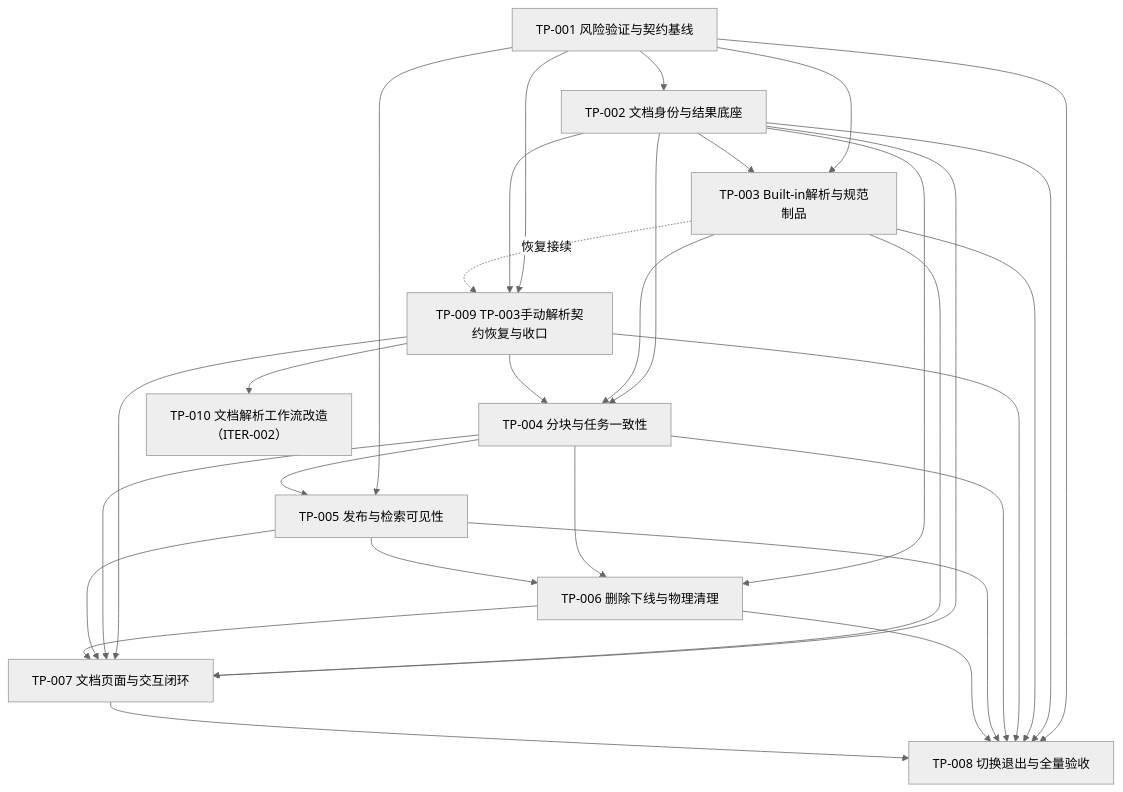
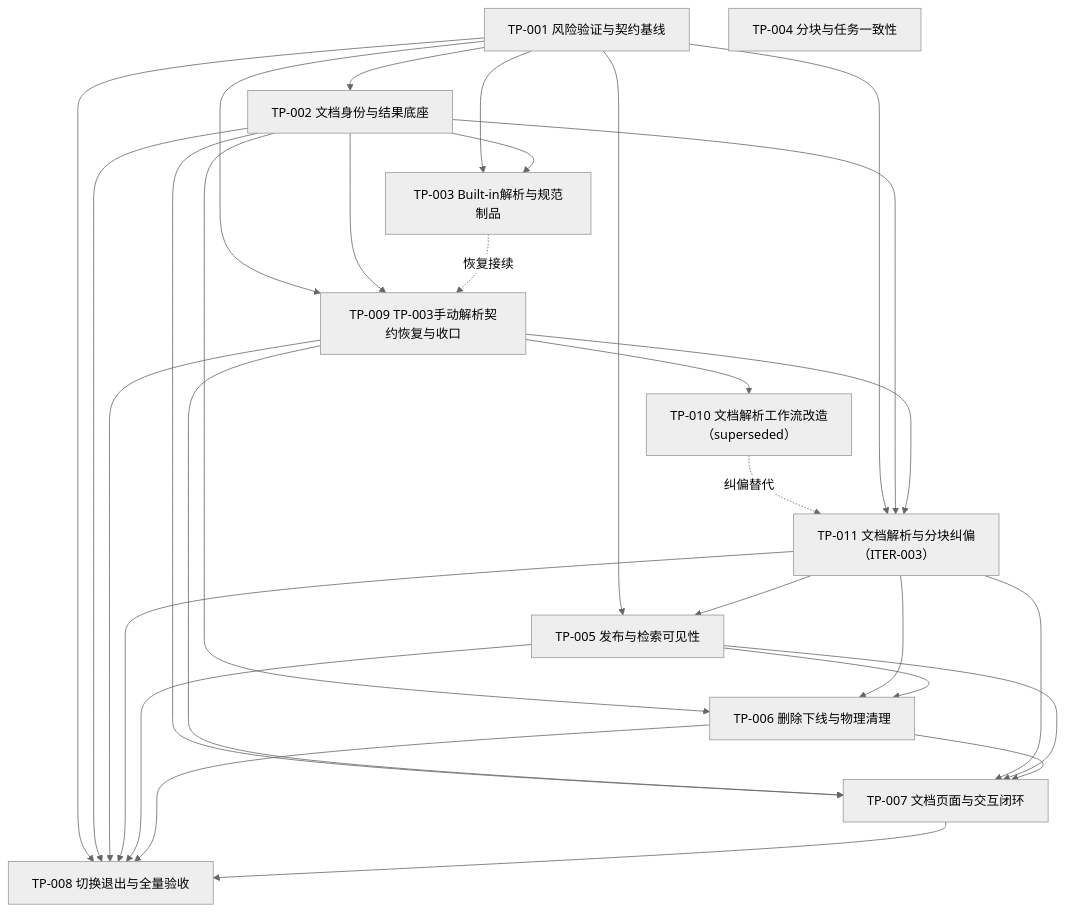
The diagram in spec/features/20260817/document-processing-refactor/文档处理流水线重构-任务索引.md (nauyiq/fons4ai-rag2okf), drawn with Mermaid (neutral theme) before and after one commit. The commit also changed other lines of this file and 7 other files, not shown here.

````diff
--- a/spec/features/20260817/document-processing-refactor/文档处理流水线重构-任务索引.md
+++ b/spec/features/20260817/document-processing-refactor/文档处理流水线重构-任务索引.md
@@ -43,43 +45,43 @@
 ```mermaid
 graph TD
     TP001["TP-001 风险验证与契约基线"]
     TP002["TP-002 文档身份与结果底座"]
     TP003["TP-003 Built-in解析与规范制品"]
     TP004["TP-004 分块与任务一致性"]
     TP005["TP-005 发布与检索可见性"]
     TP006["TP-006 删除下线与物理清理"]
     TP007["TP-007 文档页面与交互闭环"]
     TP008["TP-008 切换退出与全量验收"]
     TP009["TP-009 TP-003手动解析契约恢复与收口"]
-    TP010["TP-010 文档解析工作流改造（ITER-002）"]
+    TP010["TP-010 文档解析工作流改造（superseded）"]
+    TP011["TP-011 文档解析与分块纠偏（ITER-003）"]
 
     TP001 --> TP002
     TP001 --> TP003
     TP002 --> TP003
     TP001 --> TP009
     TP002 --> TP009
     TP003 -.恢复接续.-> TP009
     TP009 --> TP010
-    TP002 --> TP004
-    TP003 --> TP004
-    TP009 --> TP004
+    TP010 -.纠偏替代.-> TP011
+    TP001 --> TP011
+    TP002 --> TP011
+    TP009 --> TP011
     TP001 --> TP005
-    TP004 --> TP005
+    TP011 --> TP005
     TP002 --> TP006
-    TP004 --> TP006
+    TP011 --> TP006
     TP005 --> TP006
     TP002 --> TP007
-    TP003 --> TP007
     TP009 --> TP007
-    TP004 --> TP007
+    TP011 --> TP007
     TP005 --> TP007
     TP006 --> TP007
     TP001 --> TP008
     TP002 --> TP008
-    TP003 --> TP008
     TP009 --> TP008
-    TP004 --> TP008
+    TP011 --> TP008
     TP005 --> TP008
     TP006 --> TP008
     TP007 --> TP008
 ```
````
